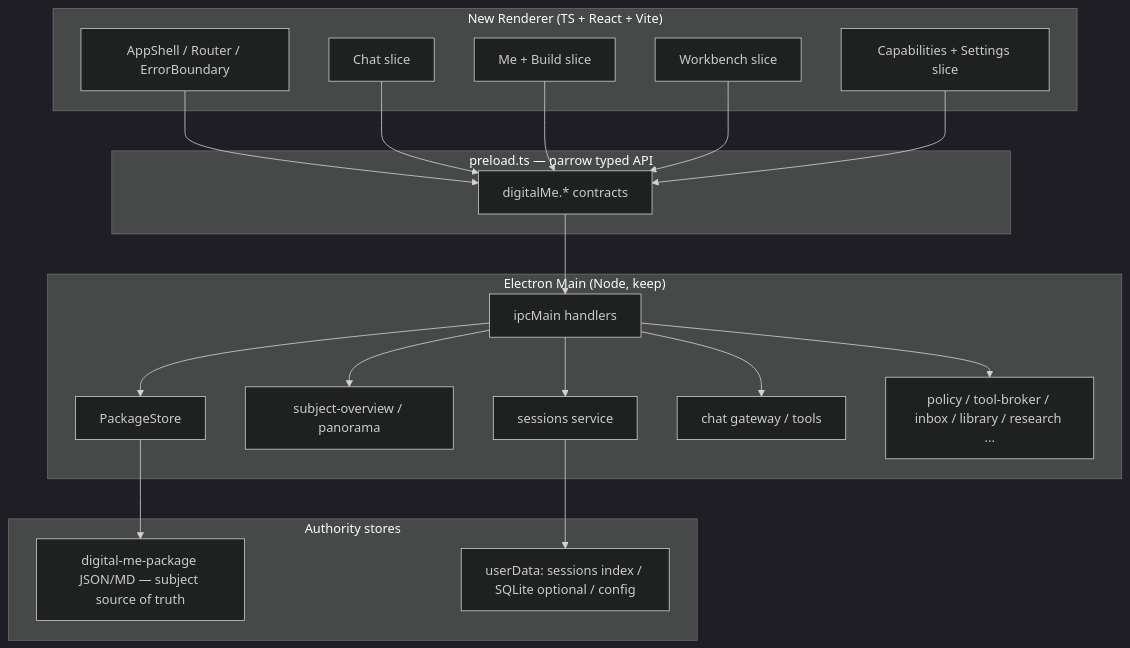
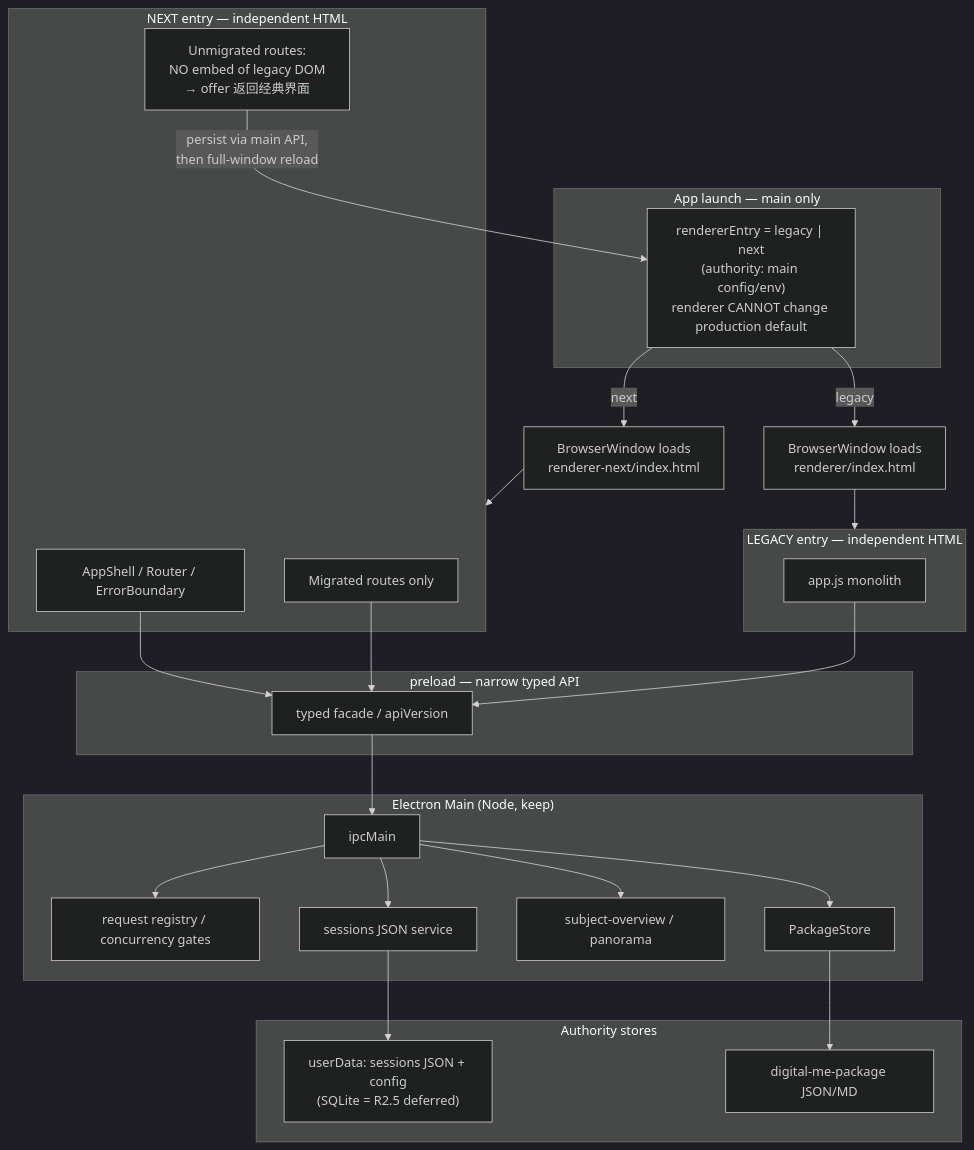
The diagram in digitalme_renderer_foundation_R0_decision_and_migration_plan.md (zhongzhir/2digime), drawn with Mermaid (dark theme) before and after one commit. The commit also changed other lines of this file and 5 other files, not shown here.

Commit message:
docs(architecture): close R0 migration and storage boundaries

````diff
--- a/digitalme_renderer_foundation_R0_decision_and_migration_plan.md
+++ b/digitalme_renderer_foundation_R0_decision_and_migration_plan.md
@@ -98,42 +104,52 @@
 ```mermaid
 flowchart TB
-  subgraph RendererNew["New Renderer (TS + React + Vite)"]
-    Shell["AppShell / Router / ErrorBoundary"]
-    ChatPage["Chat slice"]
-    MePage["Me + Build slice"]
-    DoPage["Workbench slice"]
-    ExtPage["Capabilities + Settings slice"]
+  subgraph Boot["App launch — main only"]
+    Flag["rendererEntry = legacy | next\n(authority: main config/env)\nrenderer CANNOT change production default"]
   end
 
-  subgraph Preload["preload.ts — narrow typed API"]
-    API["digitalMe.* contracts"]
+  Flag -->|legacy| LegacyWin["BrowserWindow loads\nrenderer/index.html"]
+  Flag -->|next| NextWin["BrowserWindow loads\nrenderer-next/index.html"]
+
+  subgraph Legacy["LEGACY entry — independent HTML"]
+    LegacyApp["app.js monolith"]
+  end
+
+  subgraph Next["NEXT entry — independent HTML"]
+    Shell["AppShell / Router / ErrorBoundary"]
+    Migrated["Migrated routes only"]
+    Placeholder["Unmigrated routes:\nNO embed of legacy DOM\n→ offer 返回经典界面"]
+  end
+
+  LegacyWin --> Legacy
+  NextWin --> Next
+
+  Placeholder -->|"persist via main API,\nthen full-window reload"| Flag
+
+  subgraph Preload["preload — narrow typed API"]
+    API["typed facade / apiVersion"]
   end
 
   subgraph Main["Electron Main (Node, keep)"]
-    IPC["ipcMain handlers"]
+    IPC["ipcMain"]
     PS["PackageStore"]
     SO["subject-overview / panorama"]
-    Sess["sessions service"]
-    ChatGw["chat gateway / tools"]
-    Other["policy / tool-broker / inbox / library / research ..."]
+    Sess["sessions JSON service"]
+    Req["request registry / concurrency gates"]
   end
 
   subgraph Authority["Authority stores"]
-    Pkg["digital-me-package JSON/MD — subject source of truth"]
-    UD["userData: sessions index / SQLite optional / config"]
+    Pkg["digital-me-package JSON/MD"]
+    UD["userData: sessions JSON + config\n(SQLite = R2.5 deferred)"]
   end
 
+  LegacyApp --> API
   Shell --> API
-  ChatPage --> API
-  MePage --> API
-  DoPage --> API
-  ExtPage --> API
+  Migrated --> API
   API --> IPC
   IPC --> PS
   IPC --> SO
   IPC --> Sess
-  IPC --> ChatGw
-  IPC --> Other
+  IPC --> Req
   PS --> Pkg
   Sess --> UD
 ```
````
